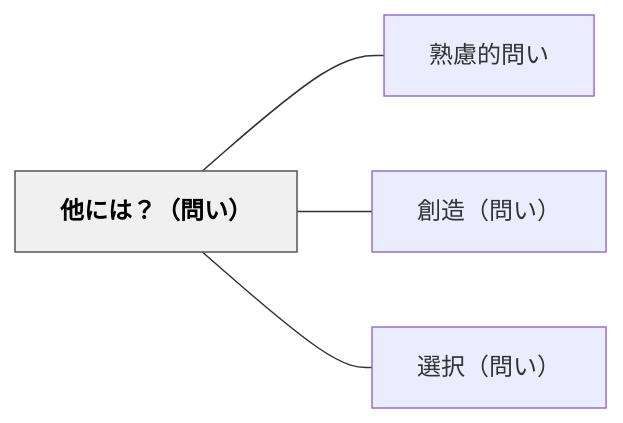
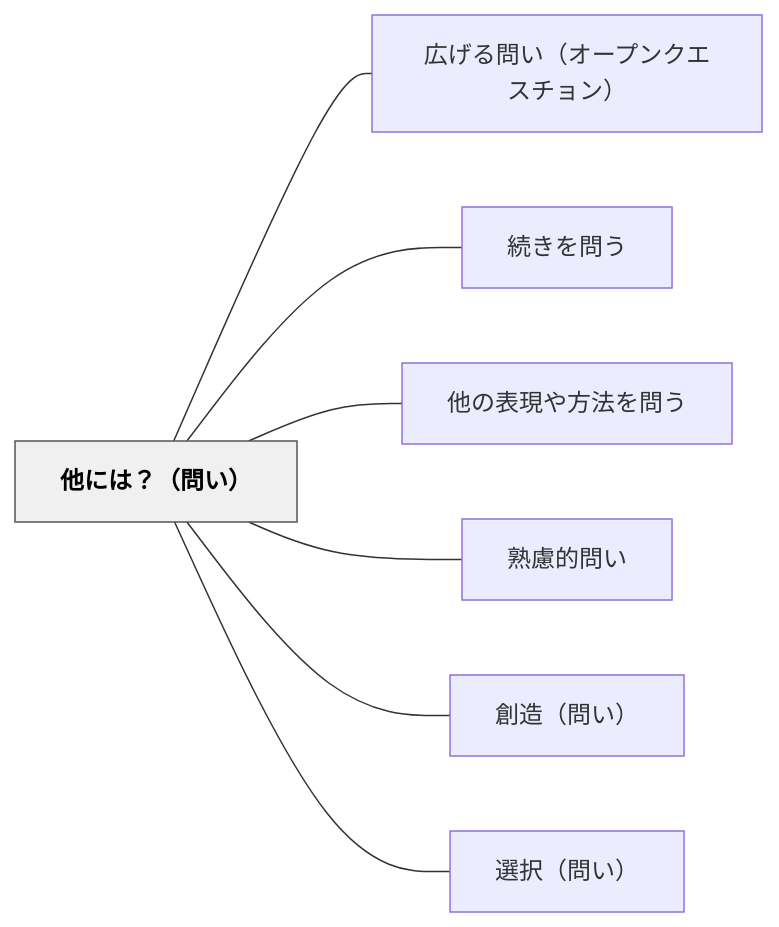
Before and after one commit to unknownthings-ed-patterns/unknownthings-ed-patterns: the diagram in content/パタン/他には？（問い）.md, drawn with Mermaid. The commit also changed other lines of this file and 473 other files, not shown here.

````diff
--- a/content/パタン/他には？（問い）.md
+++ b/content/パタン/他には？（問い）.md
@@ -40,14 +43,20 @@
 ```mermaid
 flowchart LR
     ne4bb96e381ab["他には？（問い）"]
+    ne5ba83e38192["広げる問い（オープンクエスチョン）"]
+    ne7b69ae3818d["続きを問う"]
+    ne4bb96e381ae["他の表現や方法を問う"]
     ne7869fe685ae["熟慮的問い"]
     ne589b5e980a0["創造（問い）"]
     ne981b8e68a9e["選択（問い）"]
 
+    ne4bb96e381ab --- ne5ba83e38192
+    ne4bb96e381ab --- ne7b69ae3818d
+    ne4bb96e381ab --- ne4bb96e381ae
     ne4bb96e381ab --- ne7869fe685ae
     ne4bb96e381ab --- ne589b5e980a0
     ne4bb96e381ab --- ne981b8e68a9e
 
     classDef hub fill:#f0f0f0,stroke:#555,color:#000,font-weight:bold
     class ne4bb96e381ab hub
 ```
````
